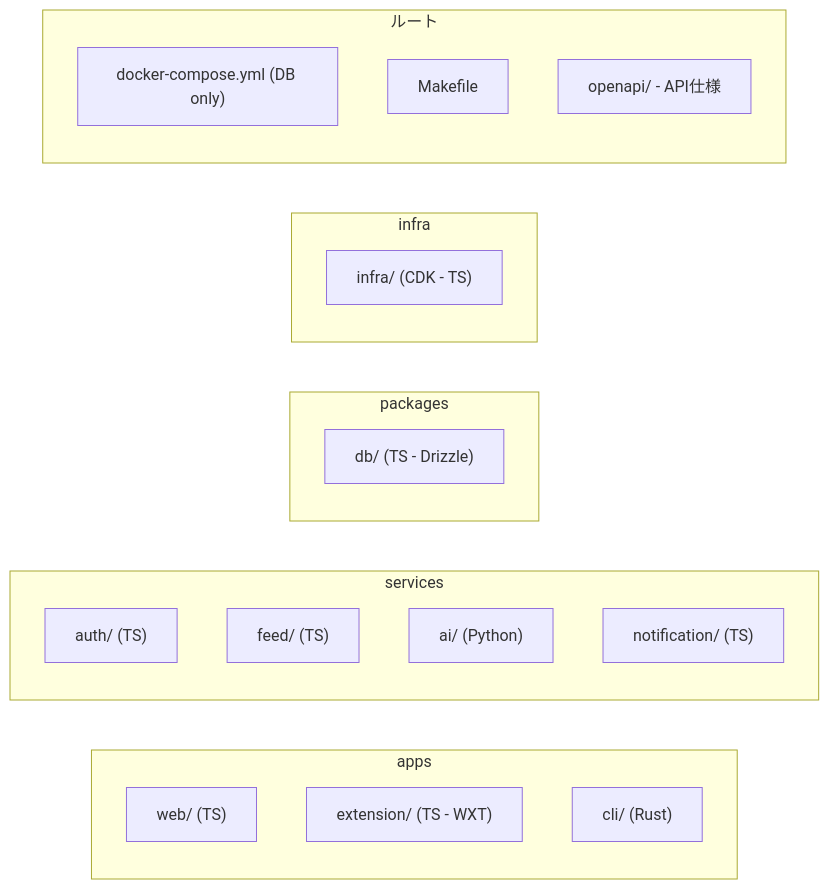
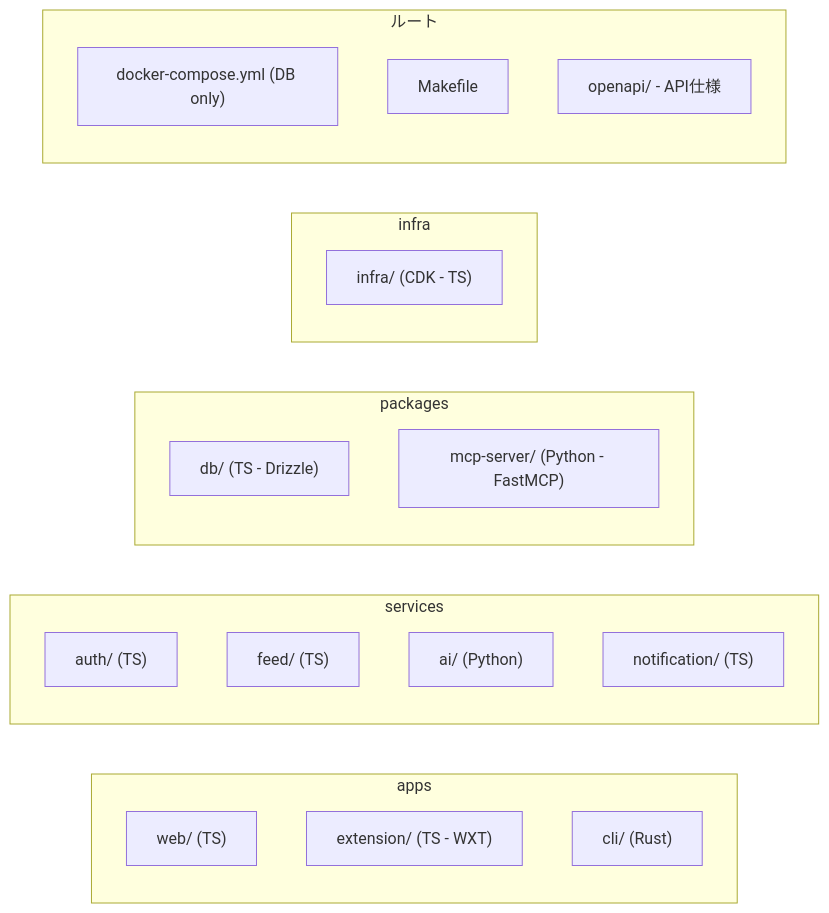
Before and after one commit to sori883/bookmark-rss-tyoukan: the second of 6 diagrams in docs/02.技術設計.md, drawn with Mermaid. The commit also changed other lines of this file and 7 other files, not shown here.

````diff
--- a/docs/02.技術設計.md
+++ b/docs/02.技術設計.md
@@ -172,25 +173,26 @@
 ```mermaid
 graph LR
     subgraph apps
         web["web/ (TS)"]
         ext["extension/ (TS - WXT)"]
         cli["cli/ (Rust)"]
     end
     subgraph services
         auth["auth/ (TS)"]
         feed["feed/ (TS)"]
         ai["ai/ (Python)"]
         notification["notification/ (TS)"]
     end
     subgraph packages
         db["db/ (TS - Drizzle)"]
+        mcp["mcp-server/ (Python - FastMCP)"]
     end
     subgraph infra
         cdk["infra/ (CDK - TS)"]
     end
     subgraph root[ルート]
         compose["docker-compose.yml (DB only)"]
         makefile[Makefile]
         openapi["openapi/ - API仕様"]
     end
 ```
````
